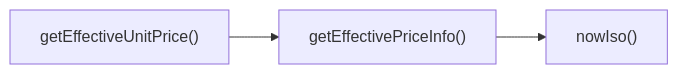
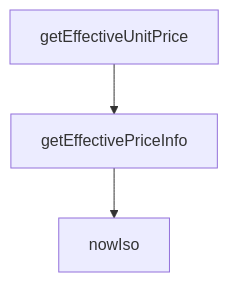
One commit to peckop/venthub-hvac-esite changed the diagram in src/lib/services/pricing.service.md. Above: the diagram before and after it, drawn with Mermaid. The commit also changed other lines of this file and 488 other files, not shown here.

````diff
--- a/src/lib/services/pricing.service.md
+++ b/src/lib/services/pricing.service.md
@@ -156,5 +136,8 @@
 ```mermaid
-graph LR
-    getEffectivePriceInfo["getEffectivePriceInfo()"] --> nowIso["nowIso()"]
-    getEffectiveUnitPrice["getEffectiveUnitPrice()"] --> getEffectivePriceInfo["getEffectivePriceInfo()"]
+graph TD
+    pricing_service_ts__getEffectivePriceInfo["getEffectivePriceInfo"]
+    pricing_service_ts__getEffectiveUnitPrice["getEffectiveUnitPrice"]
+    pricing_service_ts__nowIso["nowIso"]
+    pricing_service_ts__getEffectivePriceInfo --> pricing_service_ts__nowIso
+    pricing_service_ts__getEffectiveUnitPrice --> pricing_service_ts__getEffectivePriceInfo
 ```
````
